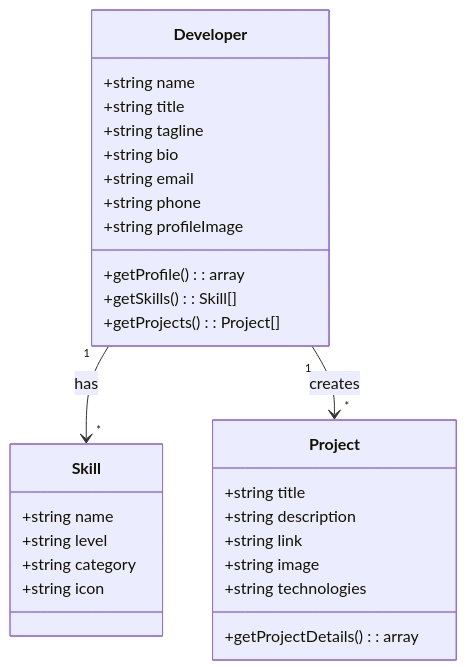
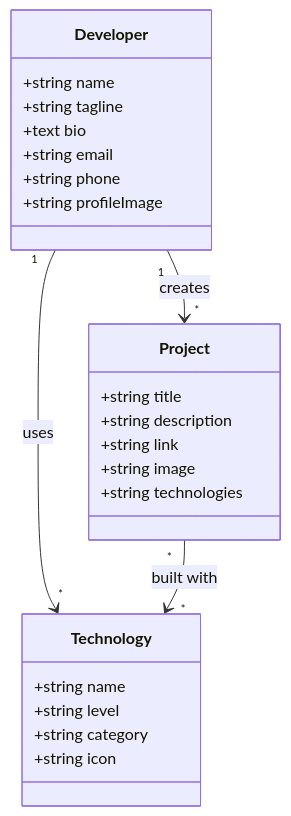
The diagram in docs/Diagrams/ClassDiagram.mmd (essachiAli/Portfolio), drawn with Mermaid before and after one commit. The commit also changed 22 other files, not shown here.

```diff
--- a/docs/Diagrams/ClassDiagram.mmd
+++ b/docs/Diagrams/ClassDiagram.mmd
@@ -1,32 +1,28 @@
 classDiagram
     class Developer {
         +string name
-        +string title
         +string tagline
-        +string bio
+        +text bio
         +string email
         +string phone
         +string profileImage
-        +getProfile(): array
-        +getSkills(): Skill[]
-        +getProjects(): Project[]
     }
 
-    class Skill {
+    class Technology {
         +string name
         +string level
         +string category
         +string icon
     }
 
     class Project {
         +string title
         +string description
         +string link
         +string image
         +string technologies
-        +getProjectDetails(): array
     }
 
-    Developer "1" --> "*" Skill : has
+    Developer "1" --> "*" Technology : uses
     Developer "1" --> "*" Project : creates
+    Project "*" --> "*" Technology : built with
```
